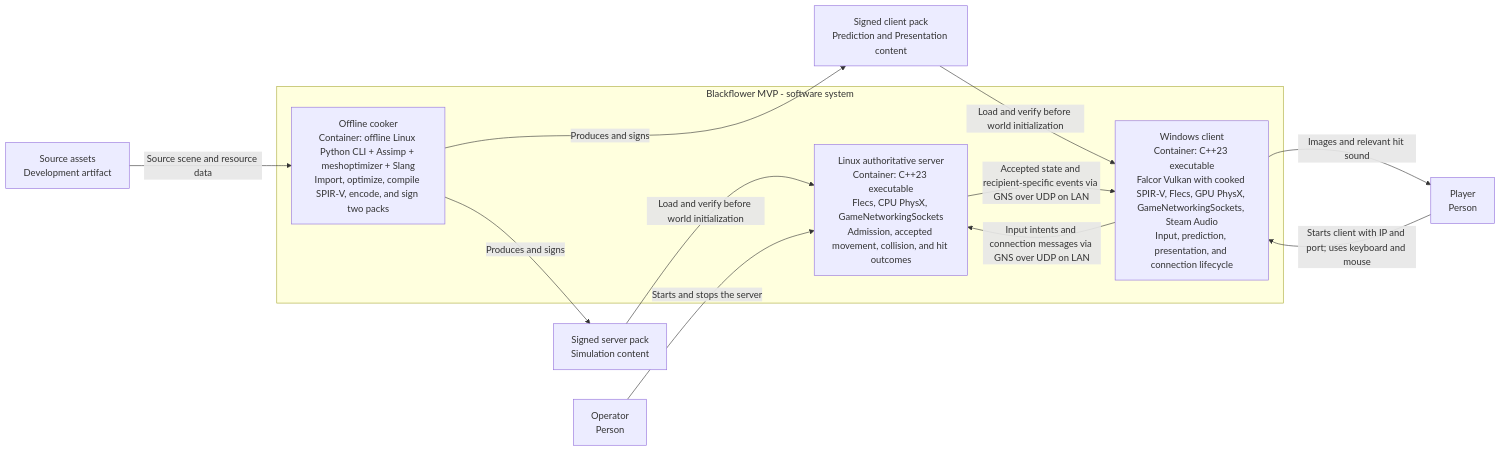
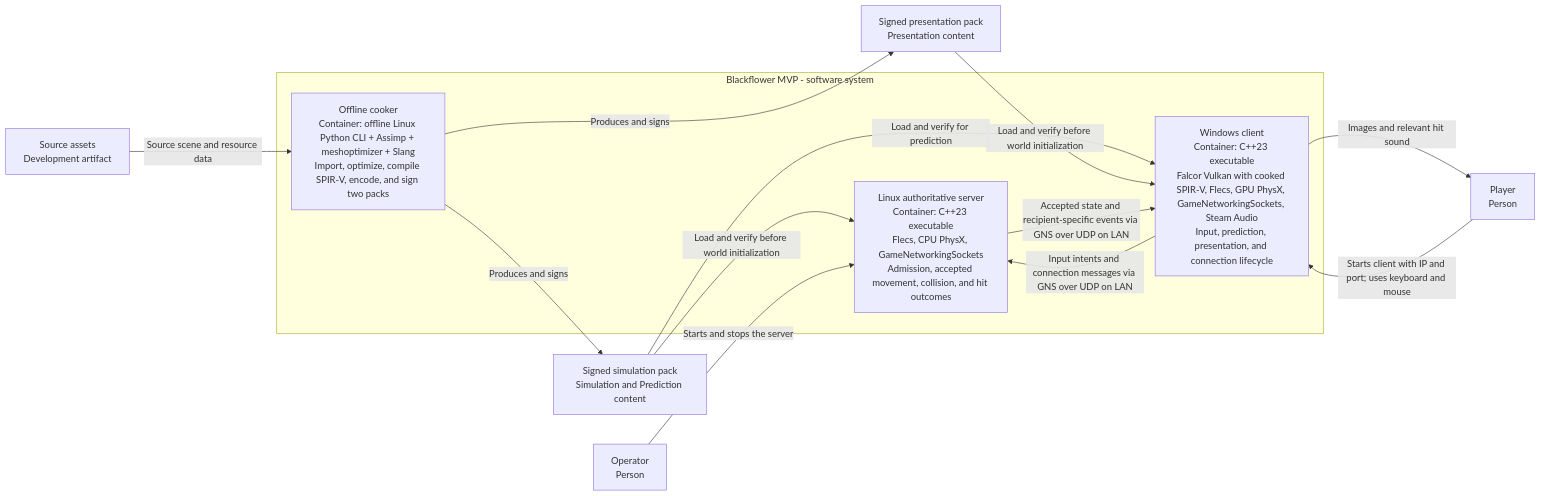
One commit to sergioffpc/blackflower changed the second of 5 diagrams in docs/c4.md. Above: the diagram before and after it, drawn with Mermaid. The commit also changed other lines of this file and 39 other files, not shown here.

First line of the commit message:
feat(content)!: generalize scenes and map pack files with Boost

````diff
--- a/docs/c4.md
+++ b/docs/c4.md
@@ -55,23 +56,24 @@
 ```mermaid
 flowchart LR
     operator["Operator<br/>Person"]
     player["Player<br/>Person"]
     source["Source assets<br/>Development artifact"]
-    clientPack["Signed client pack<br/>Prediction and Presentation content"]
-    serverPack["Signed server pack<br/>Simulation content"]
+    presentationPack["Signed presentation pack<br/>Presentation content"]
+    simulationPack["Signed simulation pack<br/>Simulation and Prediction content"]
     subgraph blackflower["Blackflower MVP - software system"]
         cooker["Offline cooker<br/>Container: offline Linux Python CLI + Assimp + meshoptimizer + Slang<br/>Import, optimize, compile SPIR-V, encode, and sign two packs"]
         client["Windows client<br/>Container: C++23 executable<br/>Falcor Vulkan with cooked SPIR-V, Flecs, GPU PhysX, GameNetworkingSockets, Steam Audio<br/>Input, prediction, presentation, and connection lifecycle"]
         server["Linux authoritative server<br/>Container: C++23 executable<br/>Flecs, CPU PhysX, GameNetworkingSockets<br/>Admission, accepted movement, collision, and hit outcomes"]
     end
     source -->|Source scene and resource data| cooker
-    cooker -->|Produces and signs| serverPack
-    cooker -->|Produces and signs| clientPack
-    serverPack -->|Load and verify before world initialization| server
-    clientPack -->|Load and verify before world initialization| client
+    cooker -->|Produces and signs| simulationPack
+    cooker -->|Produces and signs| presentationPack
+    simulationPack -->|Load and verify before world initialization| server
+    simulationPack -->|Load and verify for prediction| client
+    presentationPack -->|Load and verify before world initialization| client
     operator -->|Starts and stops the server| server
     player -->|Starts client with IP and port; uses keyboard and mouse| client
     client -->|Input intents and connection messages via GNS over UDP on LAN| server
     server -->|Accepted state and recipient-specific events via GNS over UDP on LAN| client
     client -->|Images and relevant hit sound| player
 ```
````
